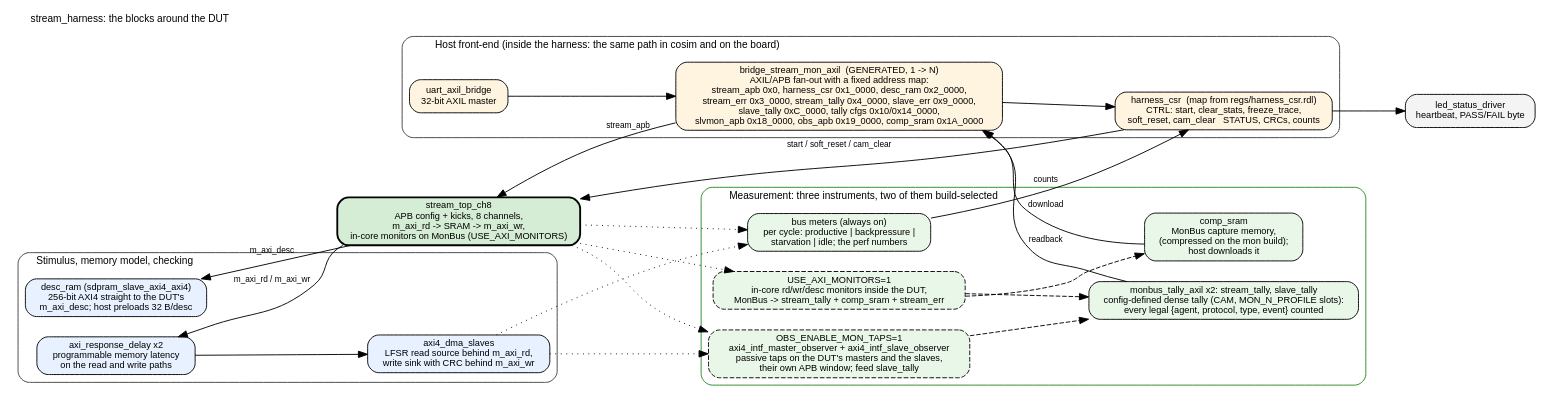
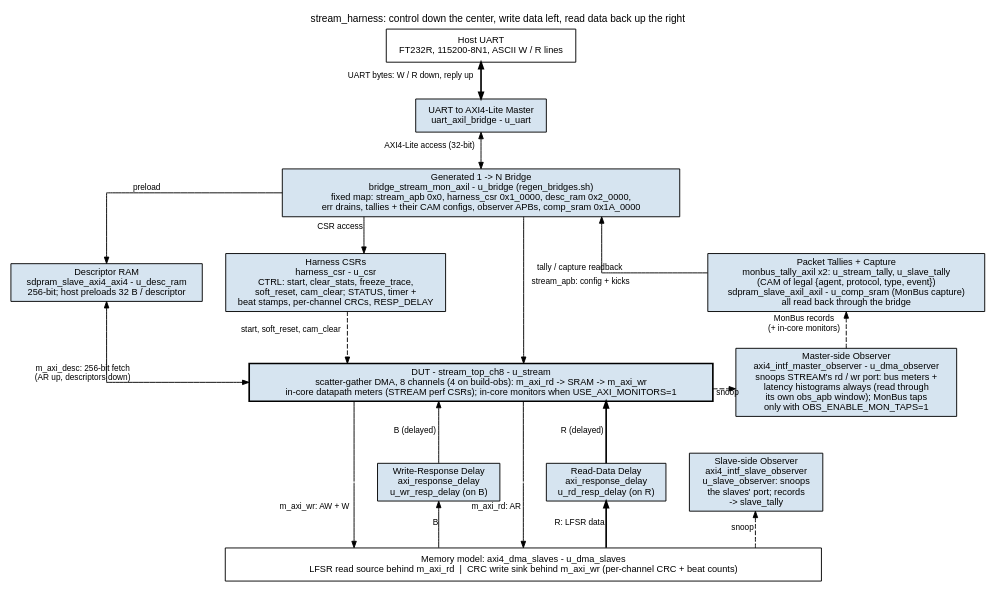
Before and after one commit to sean-galloway/RTLDesignSherpa: the diagram in projects/fpga-systems/Genesys2/dma-ip/stream/docs/stream_fpga_system/assets/graphviz/02_harness_blocks.dot, drawn with Graphviz. The commit also changed 166 other files, not shown here.

```diff
--- a/projects/fpga-systems/Genesys2/dma-ip/stream/docs/stream_fpga_system/assets/graphviz/02_harness_blocks.dot
+++ b/projects/fpga-systems/Genesys2/dma-ip/stream/docs/stream_fpga_system/assets/graphviz/02_harness_blocks.dot
@@ -1,47 +1,74 @@
-// stream_harness: every block around the DUT and what it does for the measurement.
+// Figure 2.1 -- stream_harness block map, in the house style
+// (vault/handbook/authoring/block-diagrams.md). Every block is an instance in
+// Genesys2/dma-ip/stream/rtl/stream_harness.sv.
+//   - Host UART on top; control runs down the center through the generated
+//     1 -> N bridge to the DUT's APB window.
+//   - The boundary bar is axi4_dma_slaves, the memory model under both DMA
+//     masters. Write data (AW + W) goes down the left, B comes back up
+//     through its delay; AR goes down and R climbs the right through its
+//     delay (the reference's spatial loop).
+//   - The two interface observers are pure snoops (every AXI port an input):
+//     the master observer on STREAM's own rd/wr port, the slave observer on
+//     the slaves' port. Their bus meters and latency histograms always count;
+//     only their MonBus taps are gated (OBS_ENABLE_MON_TAPS).
+//   - Tallies and capture are read back through the bridge (named in their
+//     labels, not drawn as N edges back to the top).
 digraph harness_blocks {
-    graph [rankdir=LR, fontname="Helvetica", fontsize=11, nodesep=0.3, ranksep=0.7,
-           label="stream_harness: the blocks around the DUT", labelloc=t, labeljust=l];
-    node  [fontname="Helvetica", fontsize=10, shape=box, style="rounded,filled", fillcolor="#f4f4f4"];
-    edge  [fontname="Helvetica", fontsize=9];
+    graph [rankdir=TB, bgcolor="white", fontname="Helvetica", fontsize=11,
+           nodesep="0.35", ranksep="0.55", splines=ortho, newrank=true,
+           label="stream_harness: control down the center, write data left, read data back up the right", labelloc=t];
+    node  [fontname="Helvetica", fontsize=10, shape=box, style=filled,
+           fillcolor="#D6E4F0", color="black", margin="0.12,0.06"];
+    edge  [fontname="Helvetica", fontsize=9, color="black", arrowsize=0.7];
 
-    subgraph cluster_front {
-        label="Host front-end (inside the harness: the same path in cosim and on the board)";
-        style="rounded"; color="#404040";
-        uart [label="uart_axil_bridge\n32-bit AXIL master", fillcolor="#fff4e0"];
-        bridge [label="bridge_stream_mon_axil  (GENERATED, 1 -> N)\nAXIL/APB fan-out with a fixed address map:\nstream_apb 0x0, harness_csr 0x1_0000, desc_ram 0x2_0000,\nstream_err 0x3_0000, stream_tally 0x4_0000, slave_err 0x9_0000,\nslave_tally 0xC_0000, tally cfgs 0x10/0x14_0000,\nslvmon_apb 0x18_0000, obs_apb 0x19_0000, comp_sram 0x1A_0000", fillcolor="#fff4e0"];
-        csr [label="harness_csr  (map from regs/harness_csr.rdl)\nCTRL: start, clear_stats, freeze_trace,\nsoft_reset, cam_clear   STATUS, CRCs, counts", fillcolor="#fff4e0"];
-        uart -> bridge; bridge -> csr;
-    }
+    host  [group=C, label="Host UART\nFT232R, 115200-8N1, ASCII W / R lines", fillcolor="white"];
+    uart  [group=C, label="UART to AXI4-Lite Master\nuart_axil_bridge - u_uart"];
+    brg   [group=C, label="Generated 1 -> N Bridge\nbridge_stream_mon_axil - u_bridge (regen_bridges.sh)\nfixed map: stream_apb 0x0, harness_csr 0x1_0000, desc_ram 0x2_0000,\nerr drains, tallies + their CAM configs, observer APBs, comp_sram 0x1A_0000", width=6];
 
-    subgraph cluster_stim {
-        label="Stimulus, memory model, checking"; style="rounded"; color="#404040";
-        slaves [label="axi4_dma_slaves\nLFSR read source behind m_axi_rd,\nwrite sink with CRC behind m_axi_wr", fillcolor="#e8f1ff"];
-        dly [label="axi_response_delay x2\nprogrammable memory latency\non the read and write paths", fillcolor="#e8f1ff"];
-        descram [label="desc_ram (sdpram_slave_axi4_axi4)\n256-bit AXI4 straight to the DUT's\nm_axi_desc; host preloads 32 B/desc", fillcolor="#e8f1ff"];
-    }
+    csr   [group=L, label="Harness CSRs\nharness_csr - u_csr\nCTRL: start, clear_stats, freeze_trace,\nsoft_reset, cam_clear; STATUS, timer +\nbeat stamps, per-channel CRCs, RESP_DELAY"];
+    desc  [group=L2, label="Descriptor RAM\nsdpram_slave_axi4_axi4 - u_desc_ram\n256-bit; host preloads 32 B / descriptor"];
+    tally [group=R, label="Packet Tallies + Capture\nmonbus_tally_axil x2: u_stream_tally, u_slave_tally\n(CAM of legal {agent, protocol, type, event})\nsdpram_slave_axil_axil - u_comp_sram (MonBus capture)\nall read back through the bridge"];
 
-    dut [label="stream_top_ch8\nAPB config + kicks, 8 channels,\nm_axi_rd -> SRAM -> m_axi_wr,\nin-core monitors on MonBus (USE_AXI_MONITORS)", fillcolor="#d5ecd5", penwidth=2];
+    dut   [group=C, label="DUT - stream_top_ch8 - u_stream\nscatter-gather DMA, 8 channels (4 on build-obs): m_axi_rd -> SRAM -> m_axi_wr\nin-core datapath meters (STREAM perf CSRs); in-core monitors when USE_AXI_MONITORS=1", width=7, penwidth=1.8];
 
-    subgraph cluster_meas {
-        label="Measurement: three instruments, two of them build-selected"; style="rounded"; color="#228B22";
-        meters [label="bus meters (always on)\nper cycle: productive | backpressure |\nstarvation | idle; the perf numbers", fillcolor="#e9f7e9"];
-        tally [label="monbus_tally_axil x2: stream_tally, slave_tally\nconfig-defined dense tally (CAM, MON_N_PROFILE slots):\nevery legal {agent, protocol, type, event} counted", fillcolor="#e9f7e9"];
-        comp [label="comp_sram\nMonBus capture memory,\n(compressed on the mon build);\nhost downloads it", fillcolor="#e9f7e9"];
-        obs [label="OBS_ENABLE_MON_TAPS=1\naxi4_intf_master_observer + axi4_intf_slave_observer\npassive taps on the DUT's masters and the slaves,\ntheir own APB window; feed slave_tally", fillcolor="#e9f7e9", style="rounded,filled,dashed"];
-        mon [label="USE_AXI_MONITORS=1\nin-core rd/wr/desc monitors inside the DUT,\nMonBus -> stream_tally + comp_sram + stream_err", fillcolor="#e9f7e9", style="rounded,filled,dashed"];
-    }
+    mobs  [group=R, label="Master-side Observer\naxi4_intf_master_observer - u_dma_observer\nsnoops STREAM's rd / wr port: bus meters +\nlatency histograms always (read through\nits own obs_apb window); MonBus taps\nonly with OBS_ENABLE_MON_TAPS=1"];
 
-    leds [label="led_status_driver\nheartbeat, PASS/FAIL byte", fillcolor="#f4f4f4"];
+    wdly  [group=L, label="Write-Response Delay\naxi_response_delay\nu_wr_resp_delay (on B)"];
+    rdly  [group=R2, label="Read-Data Delay\naxi_response_delay\nu_rd_resp_delay (on R)"];
+    sobs  [group=R, label="Slave-side Observer\naxi4_intf_slave_observer\nu_slave_observer: snoops\nthe slaves' port; records\n-> slave_tally"];
 
-    bridge -> dut [label="stream_apb"];
-    csr -> dut [label="start / soft_reset / cam_clear"];
-    dut -> descram [label="m_axi_desc"];
-    dut -> dly [label="m_axi_rd / m_axi_wr"];
-    dly -> slaves;
-    dut -> mon [style=dotted]; mon -> tally [style=dashed]; mon -> comp [style=dashed];
-    dut -> obs [style=dotted]; slaves -> obs [style=dotted]; obs -> tally [style=dashed];
-    dut -> meters [style=dotted]; slaves -> meters [style=dotted];
-    meters -> csr [label="counts"]; tally -> bridge [label="readback"]; comp -> bridge [label="download"];
-    csr -> leds;
+    p_aw  [shape=point, style=invis, width=0.01, label=""];
+    p_ar  [shape=point, style=invis, width=0.01, label=""];
+
+    bar   [group=C, label="Memory model: axi4_dma_slaves - u_dma_slaves\nLFSR read source behind m_axi_rd  |  CRC write sink behind m_axi_wr (per-channel CRC + beat counts)",
+           fillcolor="white", width=9];
+
+    { rank=same; csr; desc; tally; }
+    desc -> csr -> tally [style=invis];
+    { rank=same; dut; mobs; }
+    dut -> mobs [style=invis];
+    { rank=same; p_aw; wdly; p_ar; rdly; sobs; }
+    p_aw -> wdly -> p_ar -> rdly -> sobs [style=invis];
+
+    host -> uart [dir=both, penwidth=1.8, xlabel="UART bytes: W / R down, reply up"];
+    uart -> brg  [dir=both, xlabel="AXI4-Lite access (32-bit)"];
+    brg  -> csr  [xlabel="CSR access"];
+    brg  -> desc [xlabel="preload"];
+    brg  -> tally [dir=back, xlabel="tally / capture readback"];
+    brg  -> dut  [xlabel="stream_apb: config + kicks"];
+    csr  -> dut  [style=dashed, xlabel="start, soft_reset, cam_clear"];
+    desc -> dut  [dir=both, xlabel="m_axi_desc: 256-bit fetch\n(AR up, descriptors down)"];
+
+    dut  -> p_aw [dir=none];
+    p_aw -> bar  [xlabel="m_axi_wr: AW + W"];
+    dut  -> wdly [dir=back, xlabel="B (delayed)"];
+    wdly -> bar  [dir=back, xlabel="B"];
+    dut  -> p_ar [dir=none];
+    p_ar -> bar  [xlabel="m_axi_rd: AR"];
+    dut  -> rdly [dir=back, penwidth=1.8, xlabel="R (delayed)"];
+    rdly -> bar  [dir=back, penwidth=1.8, xlabel="R: LFSR data"];
+
+    dut  -> mobs [style=dashed, constraint=false, xlabel="snoop"];
+    sobs -> bar  [style=dashed, dir=back, xlabel="snoop"];
+    mobs -> tally [style=dashed, xlabel="MonBus records\n(+ in-core monitors)"];
 }
```
